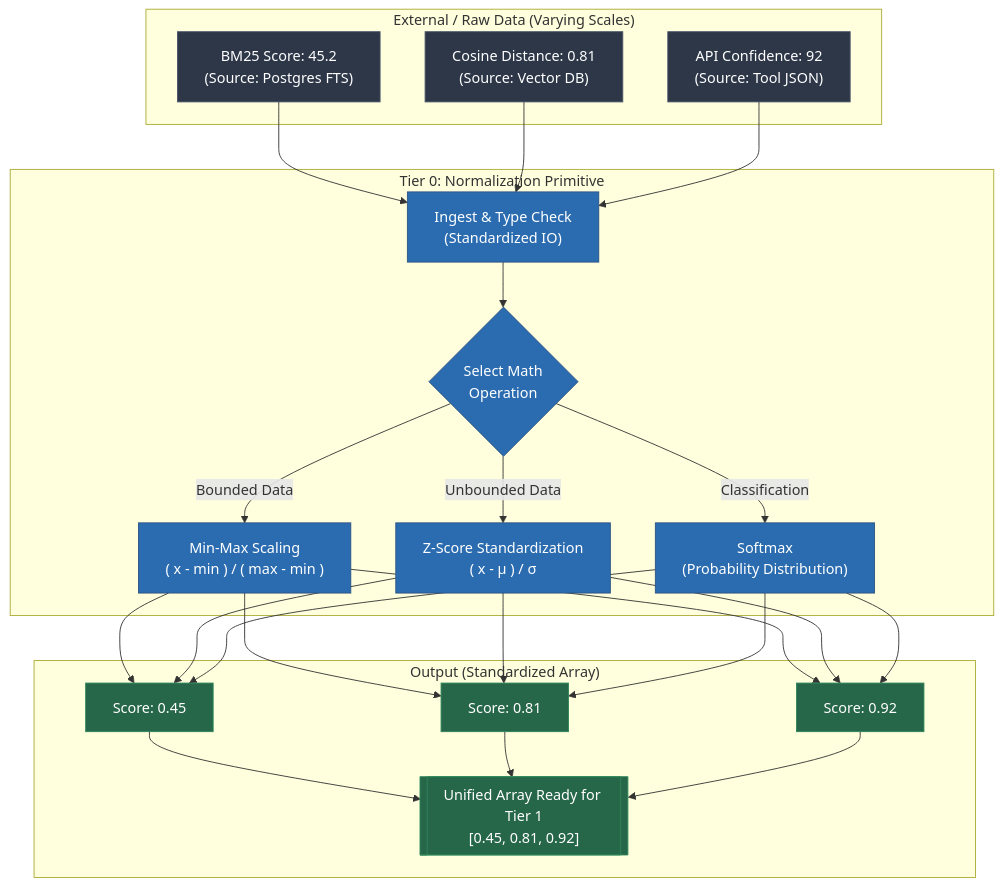
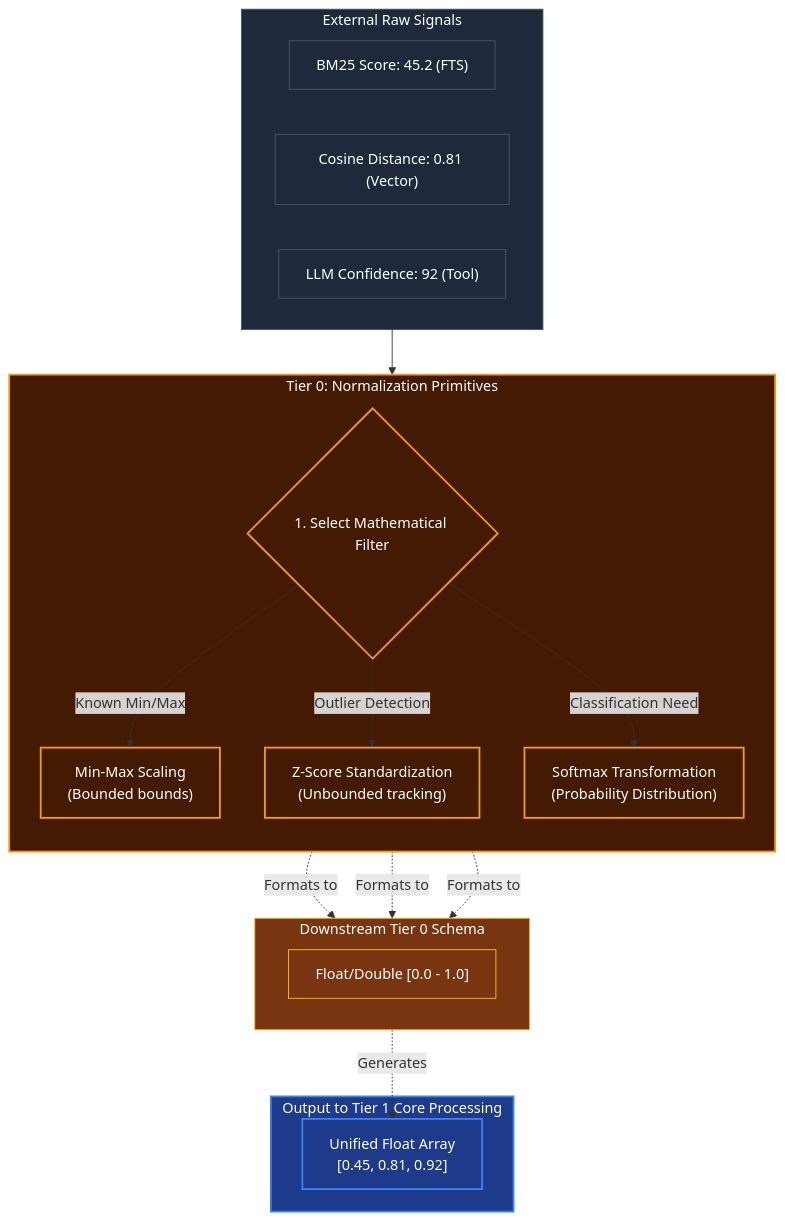
One commit to azzindani/Kea changed the diagram in redesign/tier_0/normalization.md. Above: the diagram before and after it, drawn with Mermaid. The commit also changed other lines of this file and 22 other files, not shown here.

Commit message:
feat: Define the conceptual architecture and components for Kea's multi-tiered redesign across tiers 0-6.

````diff
--- a/redesign/tier_0/normalization.md
+++ b/redesign/tier_0/normalization.md
@@ -1,51 +10,53 @@
 ```mermaid
-graph TD
-    subgraph Raw_Inputs ["External / Raw Data (Varying Scales)"]
-        A["BM25 Score: 45.2\n(Source: Postgres FTS)"]
-        B["Cosine Distance: 0.81\n(Source: Vector DB)"]
-        C["API Confidence: 92\n(Source: Tool JSON)"]
+---
+config:
+  layout: dagre
+---
+flowchart TB
+    %% External inputs
+    subgraph sRaw["External Raw Signals"]
+        nScoreA["BM25 Score: 45.2 (FTS)"]
+        nScoreB["Cosine Distance: 0.81 (Vector)"]
+        nScoreC["LLM Confidence: 92 (Tool)"]
     end
 
-    subgraph Tier0_Normalization ["Tier 0: Normalization Primitive"]
-        D["Ingest & Type Check\n(Standardized IO)"]
+    %% Tier 0 Scaler
+    subgraph sTier0["Tier 0: Normalization Primitives"]
+        direction TB
         
-        E{"Select Math\nOperation"}
-        
-        F["Min-Max Scaling\n( x - min ) / ( max - min )"]
-        G["Z-Score Standardization\n( x - μ ) / σ"]
-        H["Softmax\n(Probability Distribution)"]
-        
-        D --> E
-        E -->|Bounded Data| F
-        E -->|Unbounded Data| G
-        E -->|Classification| H
+        nRouter{"1. Select Mathematical Filter"}
+        nMinMax["Min-Max Scaling<br>(Bounded bounds)"]
+        nZScore["Z-Score Standardization<br>(Unbounded tracking)"]
+        nSoftmax["Softmax Transformation<br>(Probability Distribution)"]
     end
 
-    subgraph Tier1_Ready ["Output (Standardized Array)"]
-        I["Score: 0.45"]
-        J["Score: 0.81"]
-        K["Score: 0.92"]
-        
-        L[["Unified Array Ready for Tier 1\n[0.45, 0.81, 0.92]"]]
+    %% Standard Schema Output
+    subgraph sSchema["Downstream Tier 0 Schema"]
+        direction LR
+        nFloatSchema["Float/Double [0.0 - 1.0]"]
     end
 
-    A --> D
-    B --> D
-    C --> D
+    %% Output to Cognitive layers
+    subgraph sOutput["Output to Tier 1 Core Processing"]
+        nUnified["Unified Float Array<br>[0.45, 0.81, 0.92]"]
+    end
+
+    sRaw --> nRouter
+    nRouter -- "Known Min/Max" --> nMinMax
+    nRouter -- "Outlier Detection" --> nZScore
+    nRouter -- "Classification Need" --> nSoftmax
     
-    F --> I & J & K
-    G --> I & J & K
-    H --> I & J & K
+    nMinMax & nZScore & nSoftmax -.->|Formats to| nFloatSchema
+    nFloatSchema -.->|Generates| nUnified
+
+    %% Styling
+    classDef t0 fill:#451A03,stroke:#F59E0B,stroke-width:2px,color:#fff
+    classDef schema fill:#78350f,stroke:#fbbf24,stroke-width:1px,color:#fff
+    classDef in fill:#1e293b,stroke:#475569,stroke-width:1px,color:#fff
+    classDef out fill:#1E3A8A,stroke:#3B82F6,stroke-width:2px,color:#fff
     
-    I --> L
-    J --> L
-    K --> L
-
-    classDef input fill:#2d3748,stroke:#4a5568,color:#fff;
-    classDef process fill:#2b6cb0,stroke:#2c5282,color:#fff;
-    classDef output fill:#276749,stroke:#2f855a,color:#fff;
-    
-    class A,B,C input;
-    class D,E,F,G,H process;
-    class I,J,K,L output;
+    class sRaw,nScoreA,nScoreB,nScoreC in
+    class sTier0,nRouter,nMinMax,nZScore,nSoftmax t0
+    class sSchema,nFloatSchema schema
+    class sOutput,nUnified out
 ```
````
